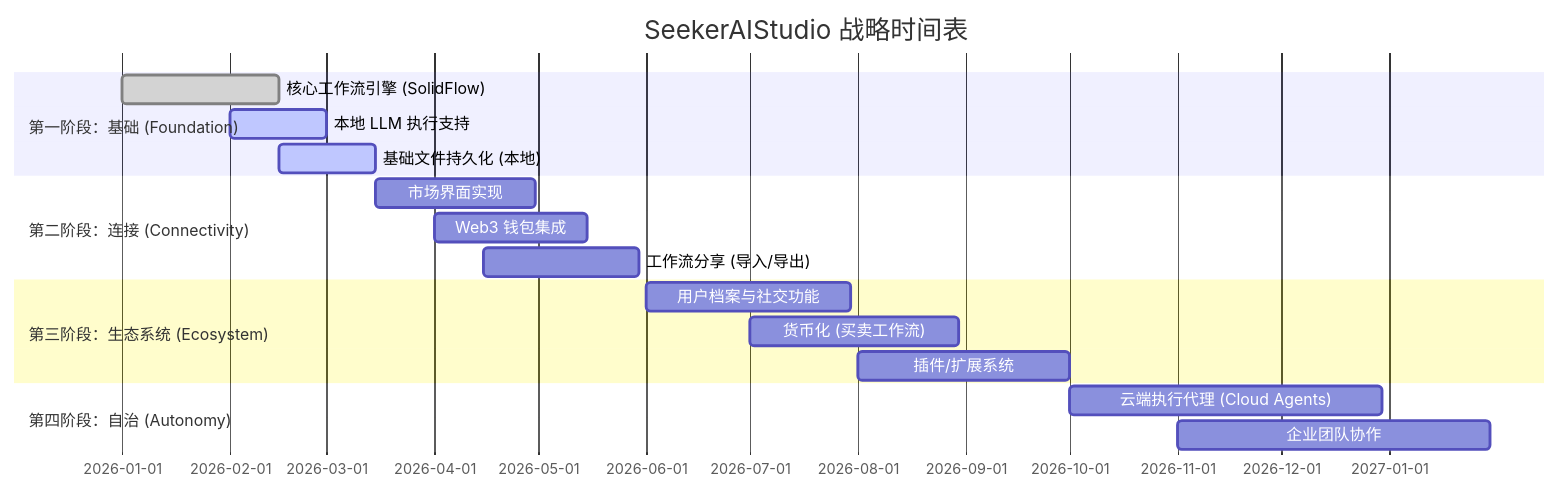
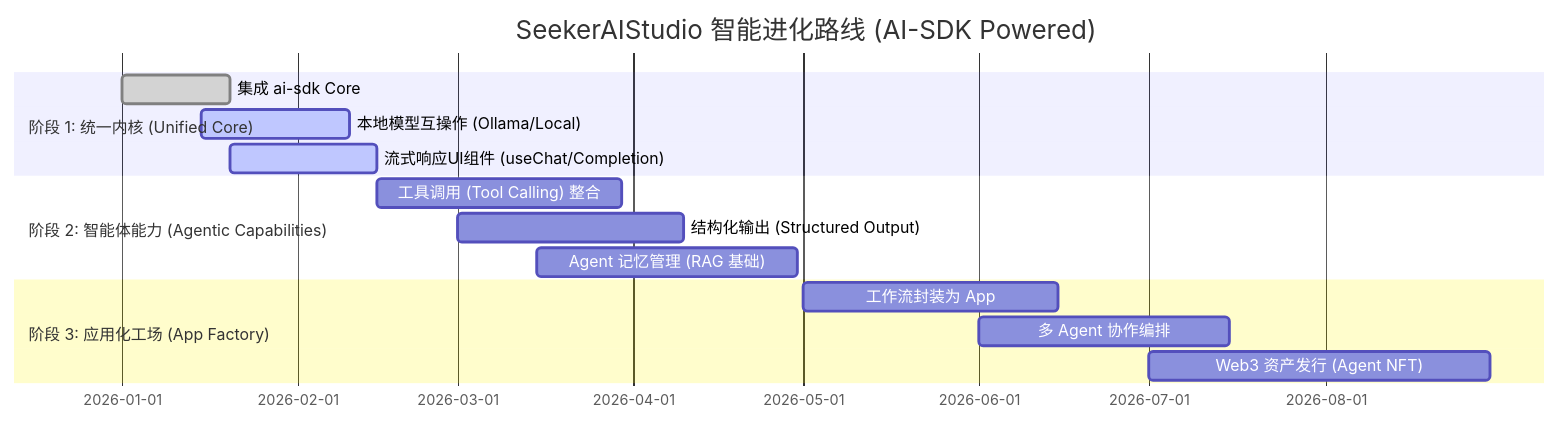
Before and after one commit to haike0513/SeekerAIStudio: the diagram in docs/roadmap/Roadmap.md, drawn with Mermaid. The commit also changed other lines of this file and 2 other files, not shown here.

````diff
--- a/docs/roadmap/Roadmap.md
+++ b/docs/roadmap/Roadmap.md
@@ -7,23 +7,20 @@
 ```mermaid
 gantt
-    title SeekerAIStudio 战略时间表
+    title SeekerAIStudio 智能进化路线 (AI-SDK Powered)
     dateFormat  YYYY-MM-DD
-    section 第一阶段：基础 (Foundation)
-    核心工作流引擎 (SolidFlow)      :done,    des1, 2026-01-01, 2026-02-15
-    本地 LLM 执行支持               :active,  des2, 2026-02-01, 2026-03-01
-    基础文件持久化 (本地)           :active,  des3, 2026-02-15, 2026-03-15
     
-    section 第二阶段：连接 (Connectivity)
-    市场界面实现                   :         des4, 2026-03-15, 2026-04-30
-    Web3 钱包集成                  :         des5, 2026-04-01, 2026-05-15
-    工作流分享 (导入/导出)          :         des6, 2026-04-15, 2026-05-30
+    section 阶段 1: 统一内核 (Unified Core)
+    集成 ai-sdk Core                  :done,   task1, 2026-01-01, 2026-01-20
+    本地模型互操作 (Ollama/Local)      :active, task2, 2026-01-15, 2026-02-10
+    流式响应UI组件 (useChat/Completion):active, task3, 2026-01-20, 2026-02-15
     
-    section 第三阶段：生态系统 (Ecosystem)
-    用户档案与社交功能              :         des7, 2026-06-01, 2026-07-30
-    货币化 (买卖工作流)             :         des8, 2026-07-01, 2026-08-30
-    插件/扩展系统                  :         des9, 2026-08-01, 2026-10-01
+    section 阶段 2: 智能体能力 (Agentic Capabilities)
+    工具调用 (Tool Calling) 整合       :        task4, 2026-02-15, 2026-03-30
+    结构化输出 (Structured Output)    :        task5, 2026-03-01, 2026-04-10
+    Agent 记忆管理 (RAG 基础)         :        task6, 2026-03-15, 2026-04-30
     
-    section 第四阶段：自治 (Autonomy)
-    云端执行代理 (Cloud Agents)    :         des10, 2026-10-01, 2026-12-30
-    企业团队协作                   :         des11, 2026-11-01, 2027-01-30
+    section 阶段 3: 应用化工场 (App Factory)
+    工作流封装为 App                  :        task7, 2026-05-01, 2026-06-15
+    多 Agent 协作编排                 :        task8, 2026-06-01, 2026-07-15
+    Web3 资产发行 (Agent NFT)         :        task9, 2026-07-01, 2026-08-30
 ```
````
